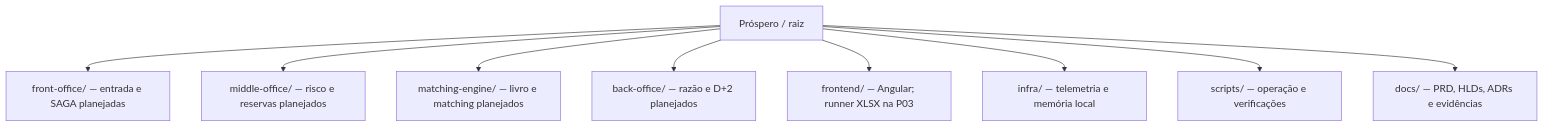
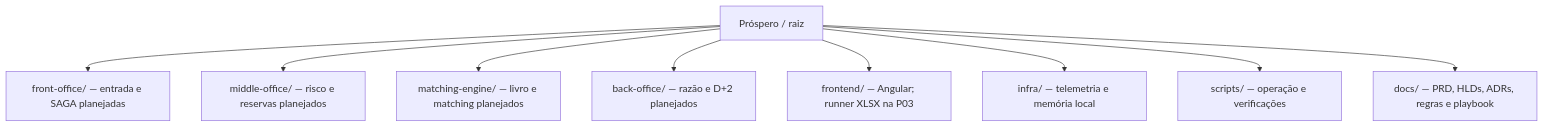
Before and after one commit to Cris042/Prospero: the diagram in README.md, drawn with Mermaid. The commit also changed other lines of this file and 53 other files, not shown here.

````diff
--- a/README.md
+++ b/README.md
@@ -23,11 +23,11 @@
 ```mermaid
 flowchart TB
     R["Próspero / raiz"] --> FO["front-office/ — entrada e SAGA planejadas"]
     R --> MO["middle-office/ — risco e reservas planejados"]
     R --> ME["matching-engine/ — livro e matching planejados"]
     R --> BO["back-office/ — razão e D+2 planejados"]
     R --> UI["frontend/ — Angular; runner XLSX na P03"]
     R --> INF["infra/ — telemetria e memória local"]
     R --> S["scripts/ — operação e verificações"]
-    R --> D["docs/ — PRD, HLDs, ADRs e evidências"]
+    R --> D["docs/ — PRD, HLDs, ADRs, regras e playbook"]
 ```
````
